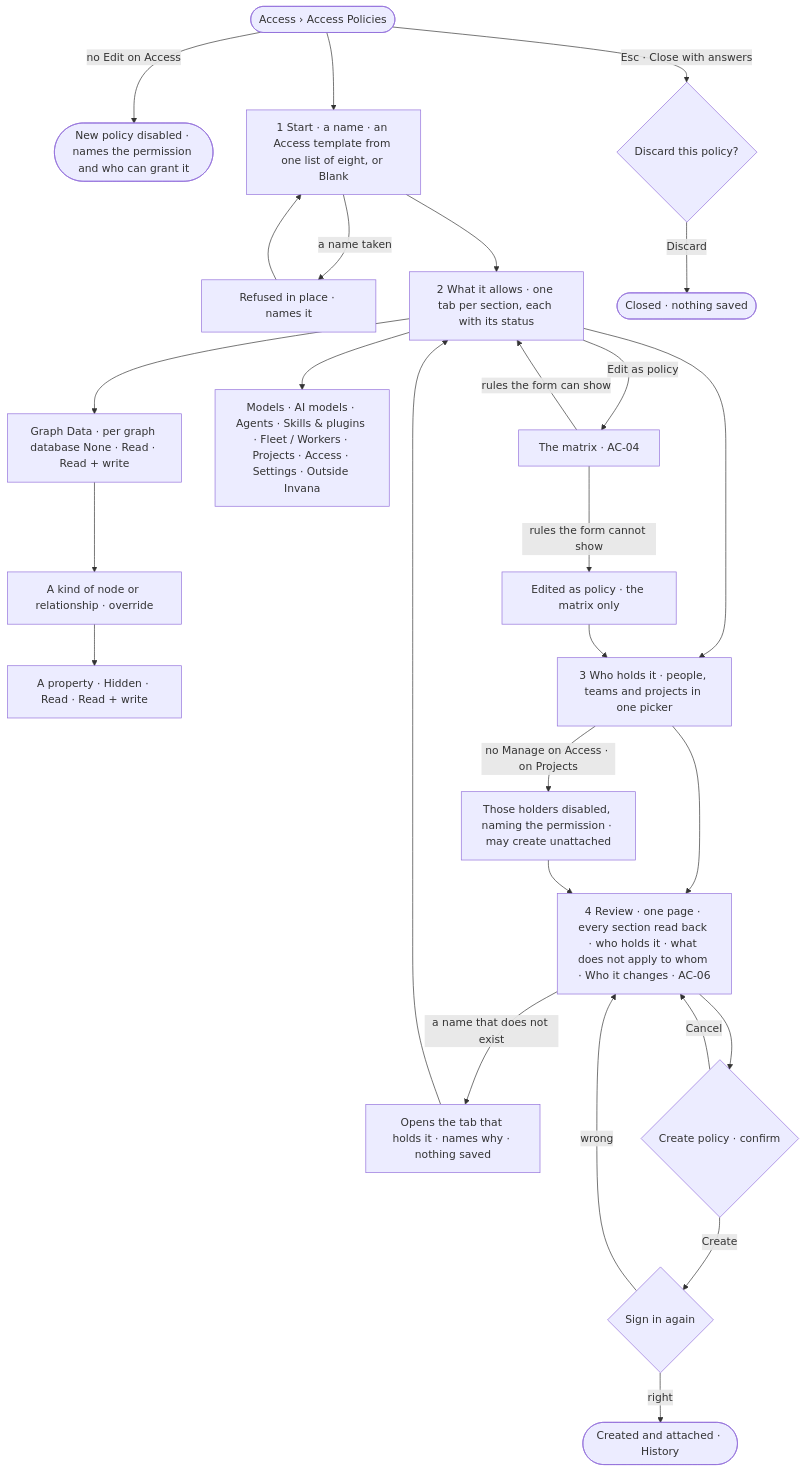
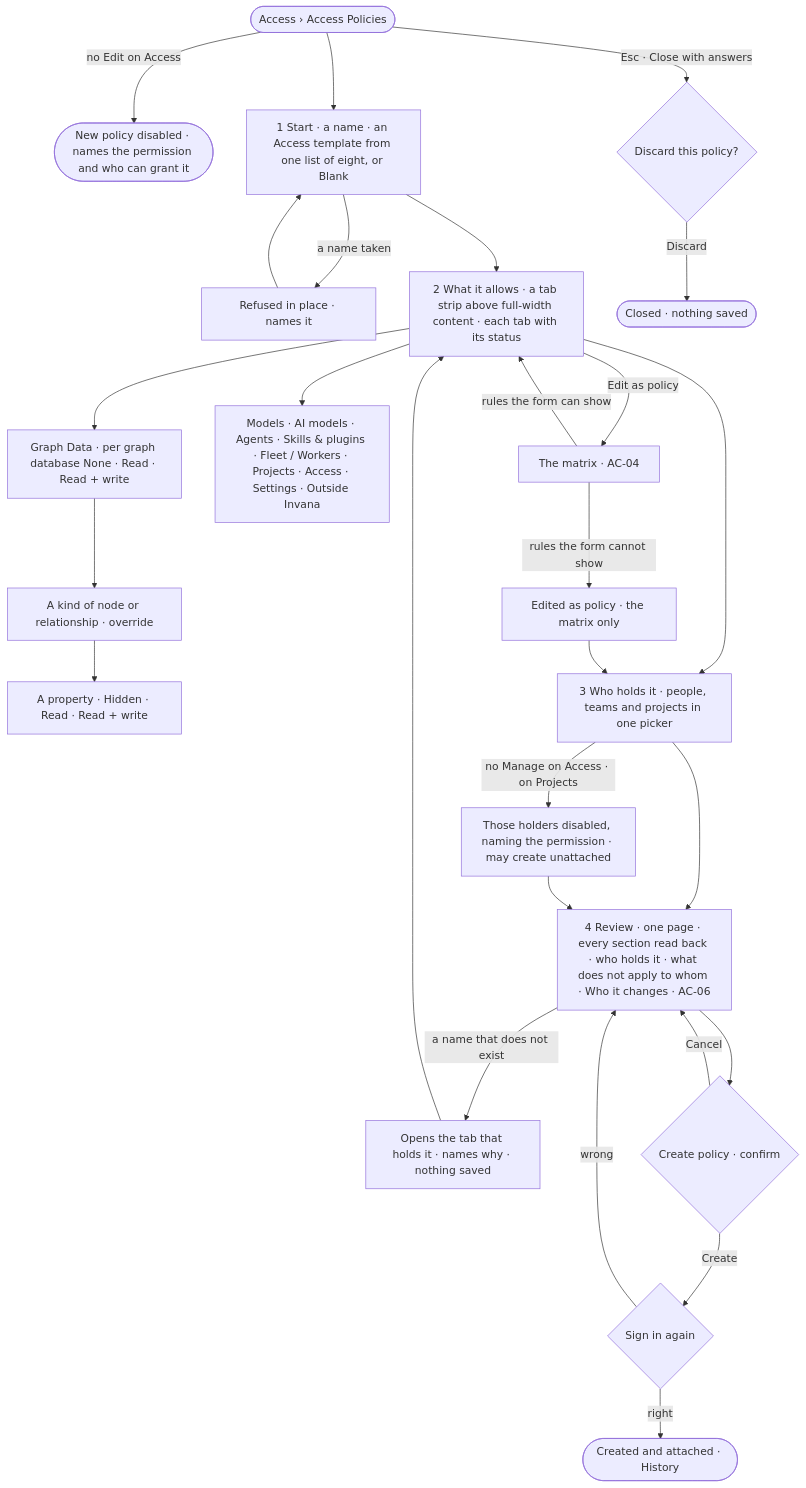
The diagram in specs/os/access/features/AC-F02-access-policies/stories/AC-49-make-a-policy-from-an-access-template/story.md (invana/invana), drawn with Mermaid before and after one commit. The commit also changed other lines of this file and 40 other files, not shown here.

````diff
--- a/specs/os/access/features/AC-F02-access-policies/stories/AC-49-make-a-policy-from-an-access-template/story.md
+++ b/specs/os/access/features/AC-F02-access-policies/stories/AC-49-make-a-policy-from-an-access-template/story.md
@@ -31,26 +31,26 @@
 ```mermaid
 flowchart TD
   s([Access › Access Policies]) -->|no Edit on Access| off(["New policy disabled · names the permission and who can grant it"])
   s --> st["1 Start · a name · an Access template from one list of eight, or Blank"]
   st -->|a name taken| nt["Refused in place · names it"] --> st
-  st --> f["2 What it allows · one tab per section, each with its status"]
+  st --> f["2 What it allows · a tab strip above full-width content · each tab with its status"]
   f --> gd["Graph Data · per graph database None · Read · Read + write"]
   gd --> kd["A kind of node or relationship · override"]
   kd --> pr["A property · Hidden · Read · Read + write"]
   f --> tabs["Models · AI models · Agents · Skills & plugins · Fleet / Workers · Projects · Access · Settings · Outside Invana"]
   f -->|Edit as policy| mx["The matrix · AC-04"] -->|rules the form can show| f
   mx -->|rules the form cannot show| ea["Edited as policy · the matrix only"]
   f --> w["3 Who holds it · people, teams and projects in one picker"]
   ea --> w
   w -->|no Manage on Access · on Projects| un["Those holders disabled, naming the permission · may create unattached"]
   w --> r["4 Review · one page · every section read back · who holds it · what does not apply to whom · Who it changes · AC-06"]
   un --> r
   r -->|a name that does not exist| ref["Opens the tab that holds it · names why · nothing saved"] --> f
   r --> c{"Create policy · confirm"}
   c -->|Cancel| r
   c -->|Create| pw{"Sign in again"}
   pw -->|right| sv(["Created and attached · History"])
   pw -->|wrong| r
   s -->|Esc · Close with answers| x{"Discard this policy?"}
   x -->|Discard| out(["Closed · nothing saved"])
 ```
````
